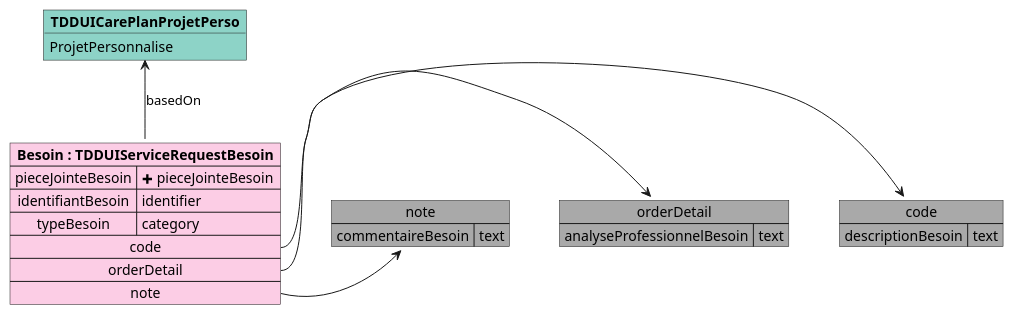
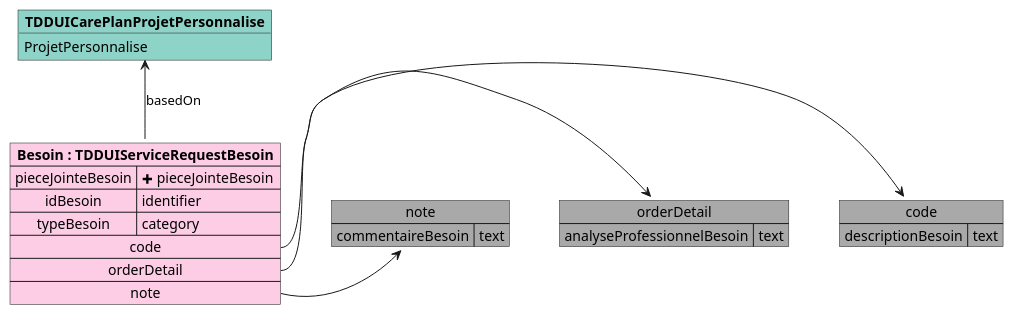
The diagram in input/images-source/mapping_TDDUIServiceRequestBesoin.plantuml (ansforge/IG-fhir-medicosocial-transfert-donnees-dui), drawn with PlantUML before and after one commit. The commit also changed 24 other files, not shown here.

```diff
--- a/input/images-source/mapping_TDDUIServiceRequestBesoin.plantuml
+++ b/input/images-source/mapping_TDDUIServiceRequestBesoin.plantuml
@@ -1,30 +1,30 @@
 @startuml
 
 map "code" as code #DarkGray {
     descriptionBesoin => text
 }
 
 map "orderDetail" as orderDetail #DarkGray {
     analyseProfessionnelBesoin => text
 }
 
 map "note" as note #DarkGray {
     commentaireBesoin => text
 }
 
-object "**TDDUICarePlanProjetPerso**" as TDDUICarePlanProjetPerso_basedOn #8dd3c7 {
+object "**TDDUICarePlanProjetPersonnalise**" as TDDUICarePlanProjetPersonnalise_basedOn #8dd3c7 {
     ProjetPersonnalise
 }
 
 map "**Besoin : TDDUIServiceRequestBesoin**" as Besoin #fccde5 {
     pieceJointeBesoin => <&plus> pieceJointeBesoin
-    identifiantBesoin => identifier
+    idBesoin => identifier
     typeBesoin => category
     code *-> code
     orderDetail *-> orderDetail
     note *-> note
 }
 
-Besoin -u-> TDDUICarePlanProjetPerso_basedOn : basedOn
+Besoin -u-> TDDUICarePlanProjetPersonnalise_basedOn : basedOn
 
 @enduml
```
